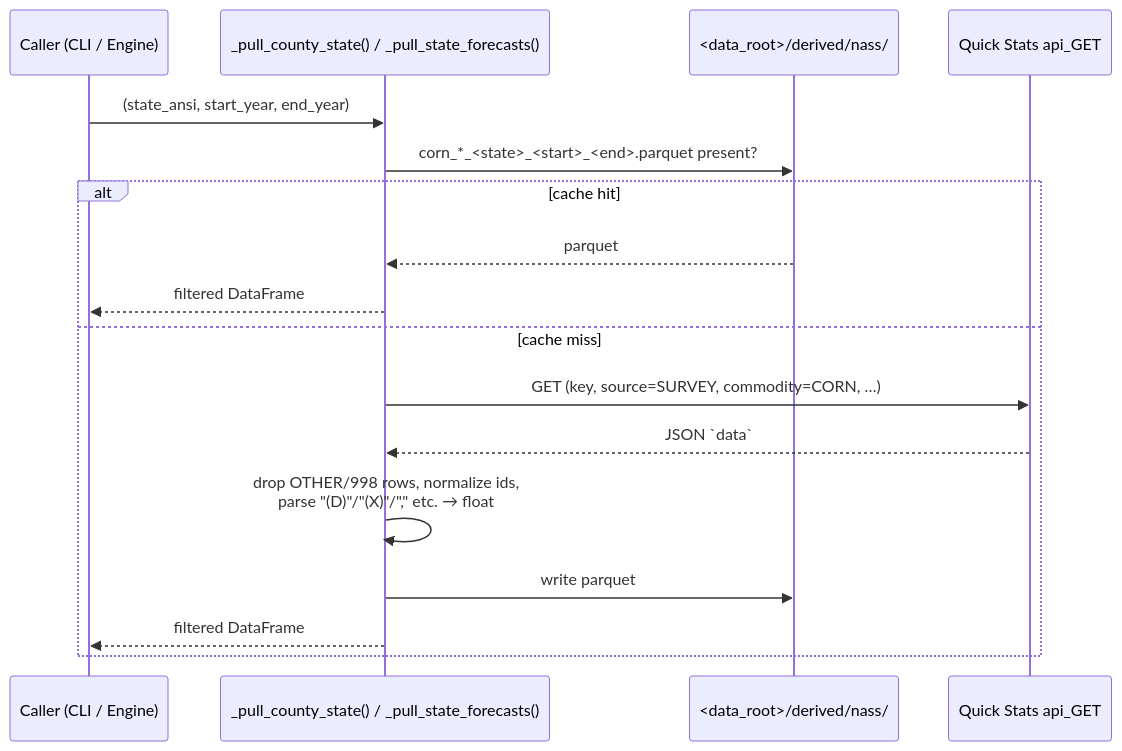
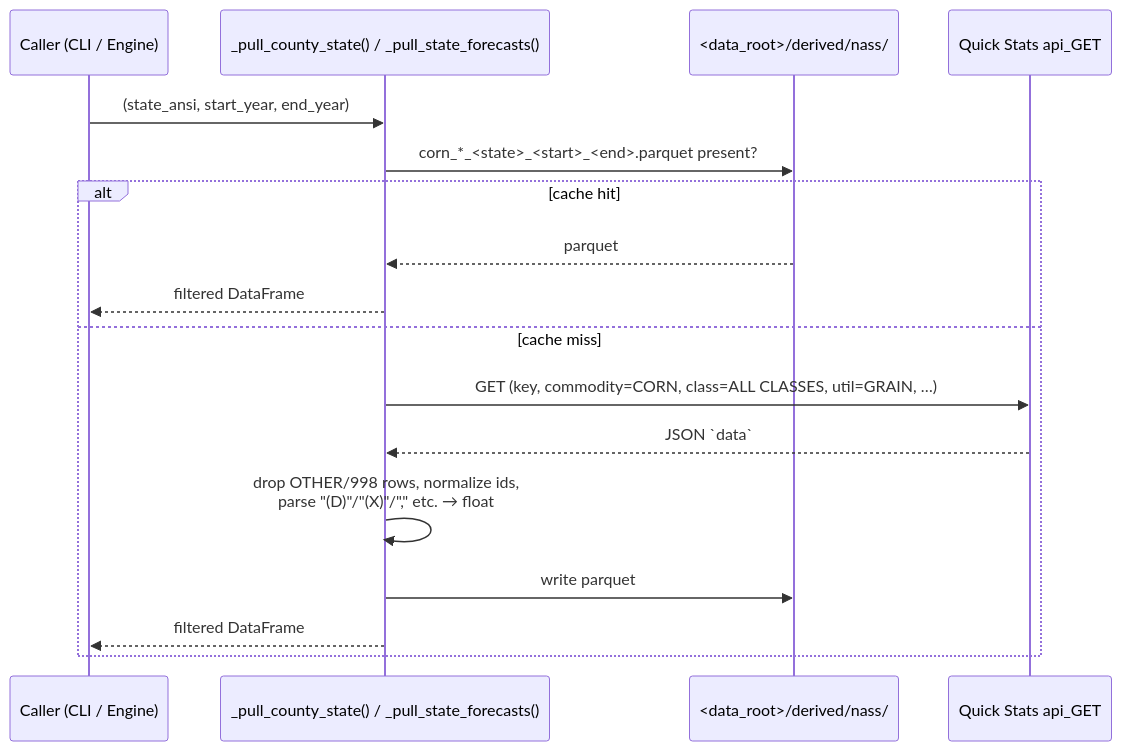
Before and after one commit to JakeAum/hack26: the fifth of 7 diagrams in software/SPEC.md, drawn with Mermaid. The commit also changed other lines of this file and 12 other files, not shown here.

````diff
--- a/software/SPEC.md
+++ b/software/SPEC.md
@@ -565,20 +588,20 @@
 ```mermaid
 sequenceDiagram
     participant Caller as Caller (CLI / Engine)
     participant Pull as _pull_county_state() / _pull_state_forecasts()
     participant Cache as <data_root>/derived/nass/
     participant QS as Quick Stats api_GET
 
     Caller->>Pull: (state_ansi, start_year, end_year)
     Pull->>Cache: corn_*_<state>_<start>_<end>.parquet present?
     alt cache hit
         Cache-->>Pull: parquet
         Pull-->>Caller: filtered DataFrame
     else cache miss
-        Pull->>QS: GET (key, source=SURVEY, commodity=CORN, …)
+        Pull->>QS: GET (key, commodity=CORN, class=ALL CLASSES, util=GRAIN, …)
         QS-->>Pull: JSON `data`
         Pull->>Pull: drop OTHER/998 rows, normalize ids,<br/>parse "(D)"/"(X)"/"," etc. → float
         Pull->>Cache: write parquet
         Pull-->>Caller: filtered DataFrame
     end
 ```
````
